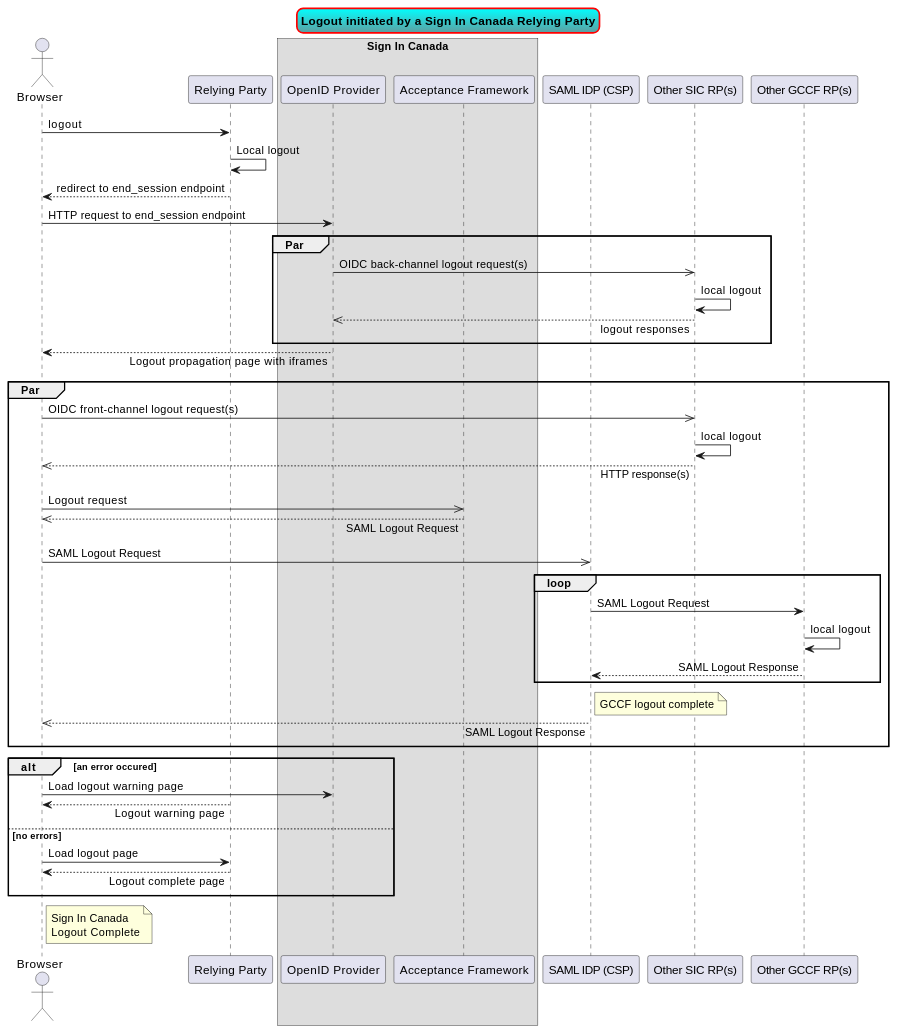
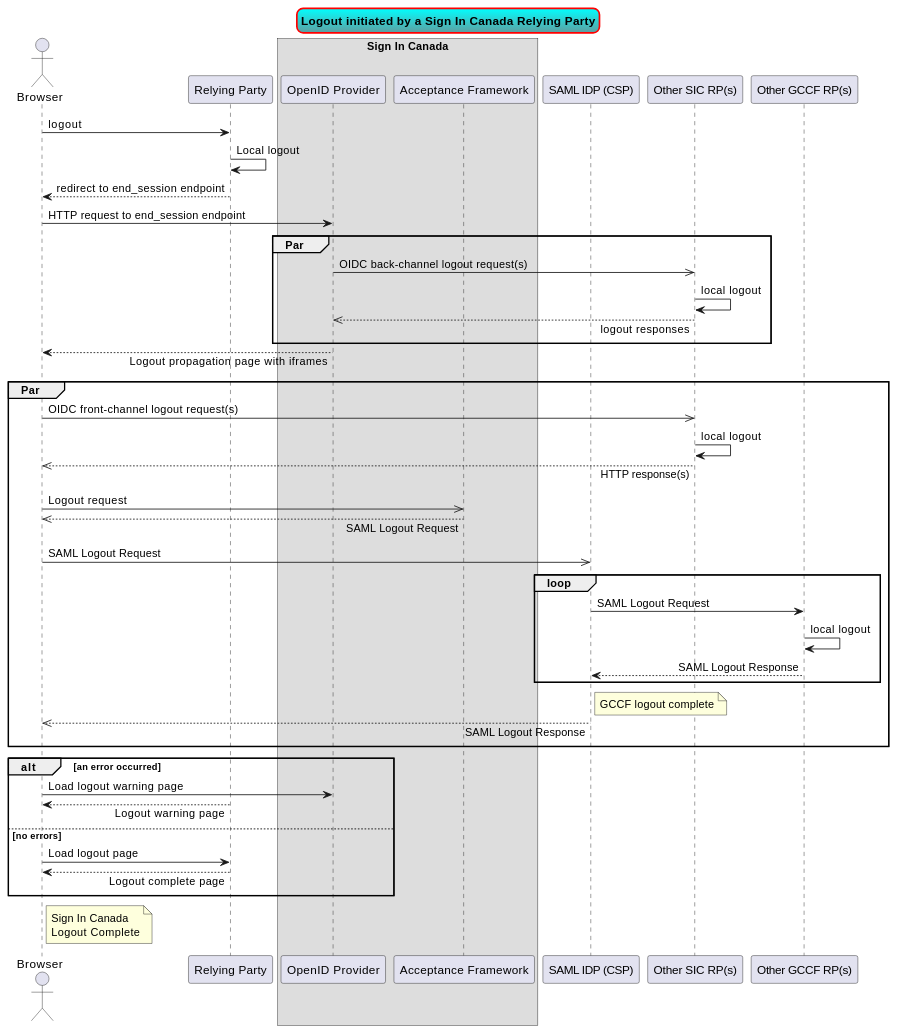
One commit to shippy6969/sign-in-canada_authenti-canada changed the first of 2 diagrams in en/discover/session-management.md. Above: the diagram before and after it, drawn with PlantUML. The commit also changed other lines of this file and 12 other files, not shown here.

````diff
--- a/en/discover/session-management.md
+++ b/en/discover/session-management.md
@@ -96,54 +96,54 @@
 ```plantuml!
 skinparam sequenceMessageAlign direction
 skinparam responseMessageBelowArrow true
 skinparam titleBorderRoundCorner 15
 skinparam titleBorderThickness 2
 skinparam titleBorderColor red
 skinparam titleBackgroundColor Aqua-CadetBlue
 title Logout initiated by a Sign In Canada Relying Party
 Actor Browser
 Participant "Relying Party" as RP
 box "Sign In Canada"
 Participant "OpenID Provider" as OP
 Participant "Acceptance Framework" as Passport
 end box
 Participant "SAML IDP (CSP)" as IDP
 Participant "Other SIC RP(s)" as Other_SIC
 Participant "Other GCCF RP(s)" as Other_GCCF
 Browser -> RP : logout
 RP -> RP : Local logout
 RP --> Browser : redirect to end_session endpoint
 Browser -> OP : HTTP request to end_session endpoint
 group Par
    OP ->> Other_SIC : OIDC back-channel logout request(s)
    Other_SIC -> Other_SIC : local logout
    OP <<-- Other_SIC : logout responses
 end
 Browser <-- OP : Logout propagation page with iframes
 group Par
    Browser ->> Other_SIC : OIDC front-channel logout request(s)
    Other_SIC -> Other_SIC : local logout
    Browser <<-- Other_SIC : HTTP response(s)
    Browser ->> Passport : Logout request
    Browser <<-- Passport : SAML Logout Request
    Browser ->> IDP : SAML Logout Request
    loop
       IDP -> Other_GCCF : SAML Logout Request
       Other_GCCF -> Other_GCCF : local logout
       Other_GCCF --> IDP : SAML Logout Response
    end
    note right of IDP : GCCF logout complete
    Browser <<-- IDP : SAML Logout Response
 end
-alt an error occured
+alt an error occurred
    Browser -> OP : Load logout warning page
    Browser <-- RP : Logout warning page
 else no errors
    Browser -> RP : Load logout page
    Browser <-- RP : Logout complete page
 end
 note right of Browser
    Sign In Canada
    Logout Complete
 end note
 ```
````
